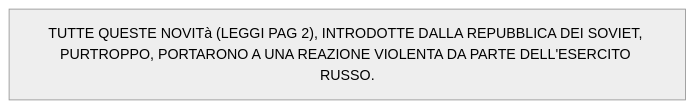
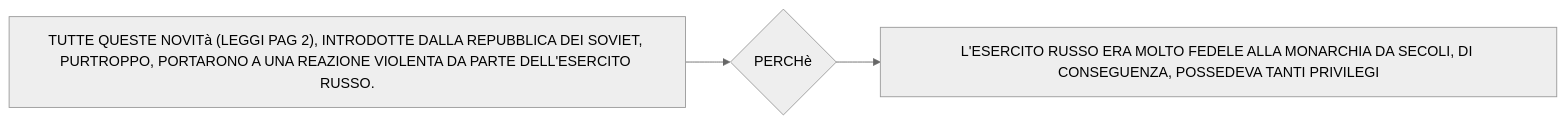
One commit to Laaouatni/ricerca-storia-MermaidJS changed the fourth of 4 diagrams in stalinismoRiscrittura.md. Above: the diagram before and after it, drawn with Mermaid (neutral theme).

````diff
--- a/stalinismoRiscrittura.md
+++ b/stalinismoRiscrittura.md
@@ -64,5 +64,8 @@
 ```mermaid
 %%{init: { "flowchart": { "wrappingWidth": 700 } }}%%
 flowchart LR
   0["TUTTE QUESTE NOVITà (LEGGI PAG 2), INTRODOTTE DALLA REPUBBLICA DEI SOVIET, <br>PURTROPPO, PORTARONO A UNA REAZIONE VIOLENTA DA PARTE DELL'ESERCITO RUSSO."]
+  1{PERCHè}
+  2[L'ESERCITO RUSSO ERA MOLTO FEDELE ALLA MONARCHIA DA SECOLI, DI CONSEGUENZA, POSSEDEVA TANTI PRIVILEGI]
+  0 --> 1 --> 2
 ```
````
